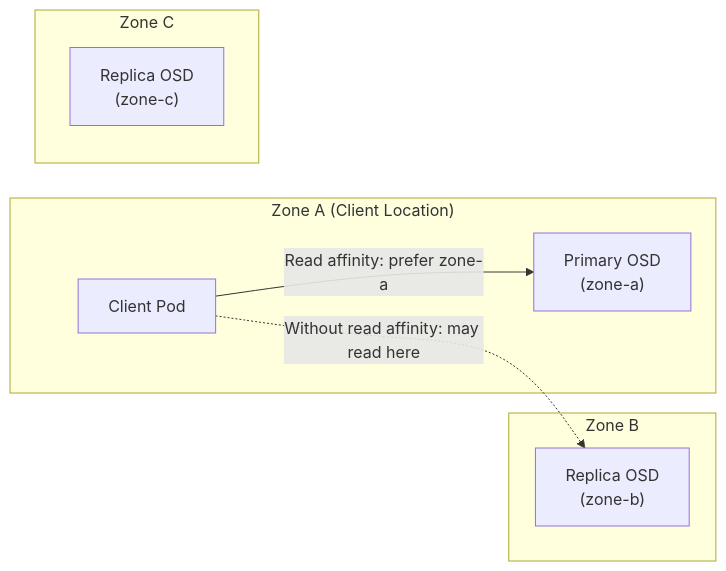
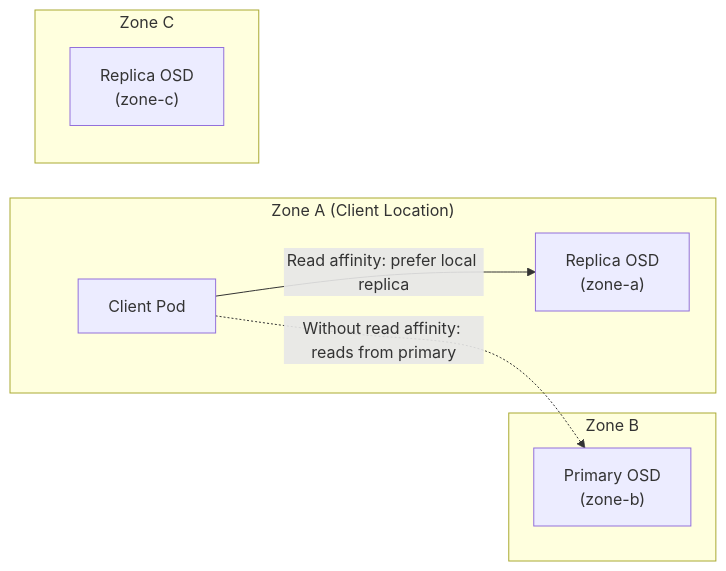
Before and after one commit to OneUptime/blog: the diagram in posts/2026-03-31-rook-read-affinity-performance/README.md, drawn with Mermaid. The commit also changed other lines of this file and 2 other files, not shown here.

Commit message:
validate: 2026-03-31-rook-read-affinity-performance

````diff
--- a/posts/2026-03-31-rook-read-affinity-performance/README.md
+++ b/posts/2026-03-31-rook-read-affinity-performance/README.md
@@ -15,15 +15,15 @@
 ```mermaid
 flowchart LR
     subgraph ZoneA["Zone A (Client Location)"]
         Pod["Client Pod"]
-        OSD_A["Primary OSD\n(zone-a)"]
+        OSD_A["Replica OSD\n(zone-a)"]
     end
     subgraph ZoneB["Zone B"]
-        OSD_B["Replica OSD\n(zone-b)"]
+        OSD_B["Primary OSD\n(zone-b)"]
     end
     subgraph ZoneC["Zone C"]
         OSD_C["Replica OSD\n(zone-c)"]
     end
-    Pod -->|"Read affinity: prefer zone-a"| OSD_A
-    Pod -.->|"Without read affinity: may read here"| OSD_B
+    Pod -->|"Read affinity: prefer local replica"| OSD_A
+    Pod -.->|"Without read affinity: reads from primary"| OSD_B
 ```
````
